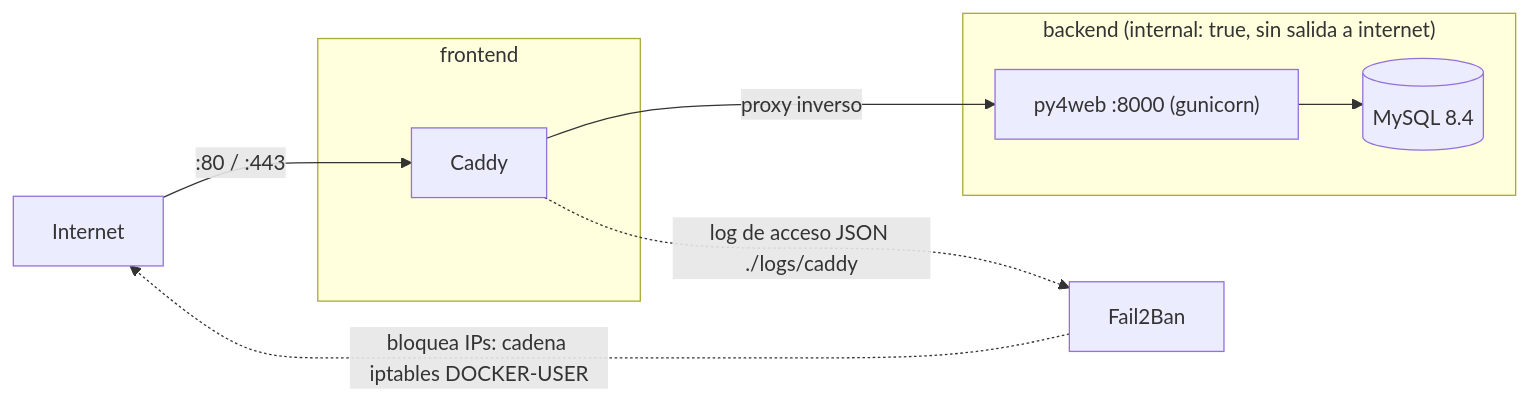
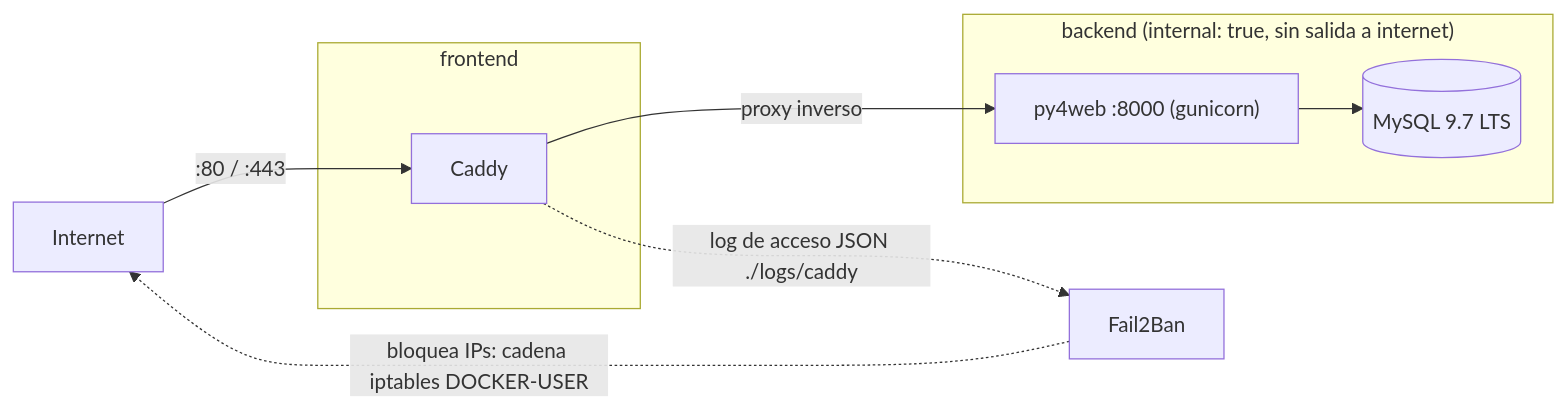
Before and after one commit to jparga/py4web-docker-with-example-caddy: the diagram in README.es.md, drawn with Mermaid. The commit also changed other lines of this file and 4 other files, not shown here.

First line of the commit message:
fix: pin MySQL to the 9.7 LTS line

````diff
--- a/README.es.md
+++ b/README.es.md
@@ -14,15 +14,15 @@
 ```mermaid
 flowchart LR
     Internet -->|":80 / :443"| Caddy
     subgraph frontend
         Caddy
     end
     subgraph backend["backend (internal: true, sin salida a internet)"]
         py4web["py4web :8000 (gunicorn)"]
-        MySQL[("MySQL 8.4")]
+        MySQL[("MySQL 9.7 LTS")]
     end
     Caddy -->|proxy inverso| py4web
     py4web --> MySQL
     Caddy -.->|log de acceso JSON ./logs/caddy| Fail2Ban
     Fail2Ban -.->|bloquea IPs: cadena iptables DOCKER-USER| Internet
 ```
````
